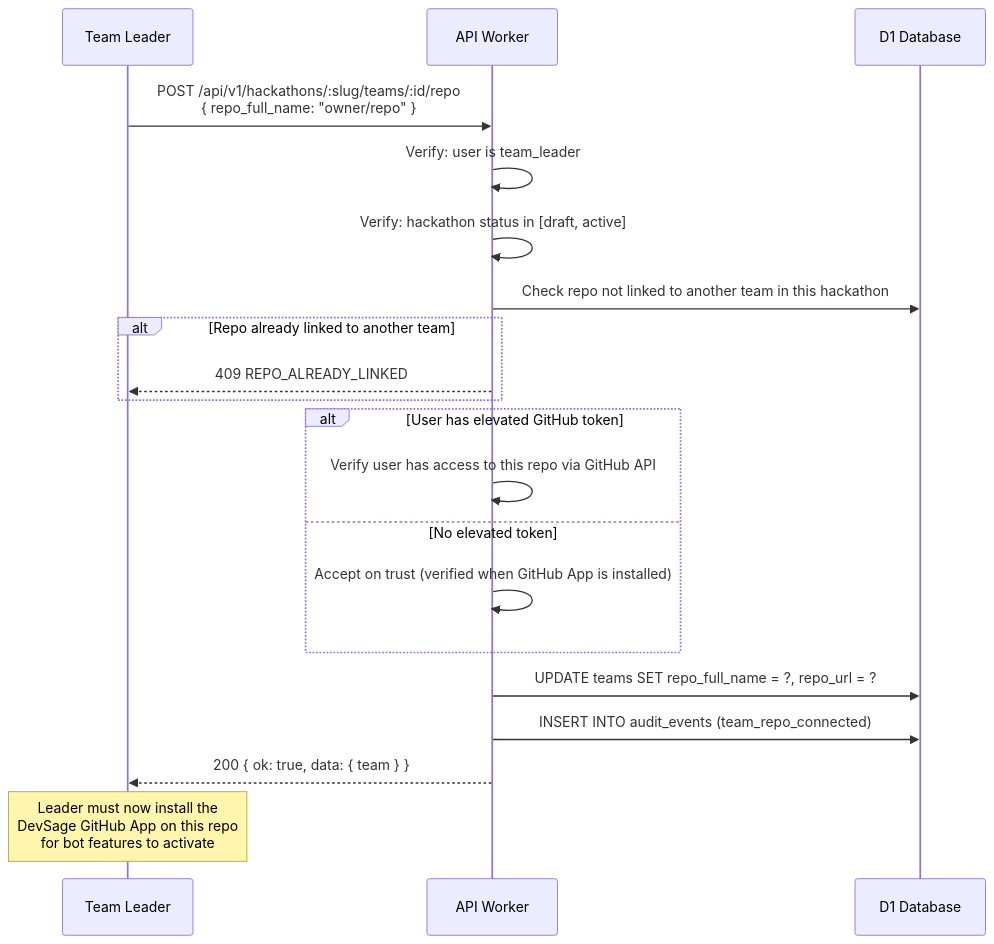
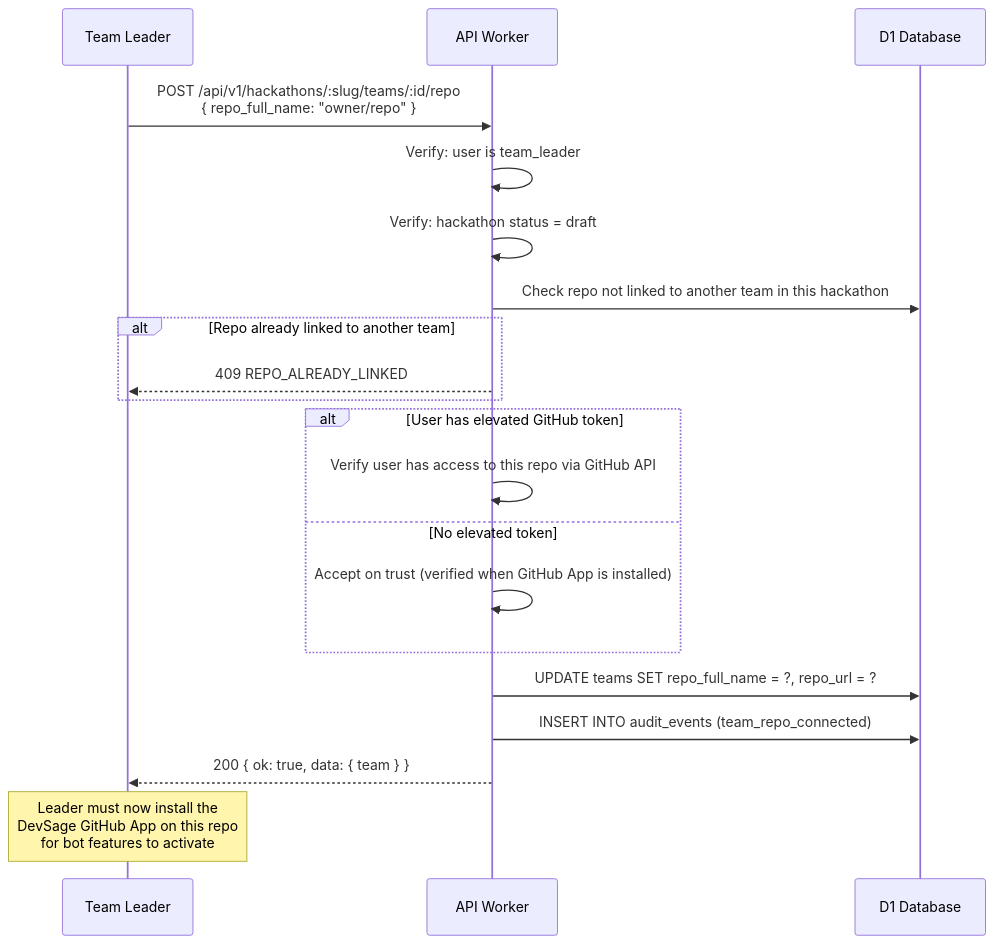
One commit to devangshupandey2025-stack/DevSage changed the fifth of 11 diagrams in docs/v3/planned/team-management.md. Above: the diagram before and after it, drawn with Mermaid. The commit also changed other lines of this file and 3 other files, not shown here.

First line of the commit message:
docs(core): verify and fix architecture, auth, lifecycle, and team docs

````diff
--- a/docs/v3/planned/team-management.md
+++ b/docs/v3/planned/team-management.md
@@ -206,27 +207,27 @@
 ```mermaid
 sequenceDiagram
     participant L as Team Leader
     participant W as API Worker
     participant D1 as D1 Database
 
     L->>W: POST /api/v1/hackathons/:slug/teams/:id/repo<br/>{ repo_full_name: "owner/repo" }
     W->>W: Verify: user is team_leader
-    W->>W: Verify: hackathon status in [draft, active]
+    W->>W: Verify: hackathon status = draft
     W->>D1: Check repo not linked to another team in this hackathon
 
     alt Repo already linked to another team
         W-->>L: 409 REPO_ALREADY_LINKED
     end
 
     alt User has elevated GitHub token
         W->>W: Verify user has access to this repo via GitHub API
     else No elevated token
         W->>W: Accept on trust (verified when GitHub App is installed)
     end
 
     W->>D1: UPDATE teams SET repo_full_name = ?, repo_url = ?
     W->>D1: INSERT INTO audit_events (team_repo_connected)
     W-->>L: 200 { ok: true, data: { team } }
 
     Note over L: Leader must now install the<br/>DevSage GitHub App on this repo<br/>for bot features to activate
 ```
````
